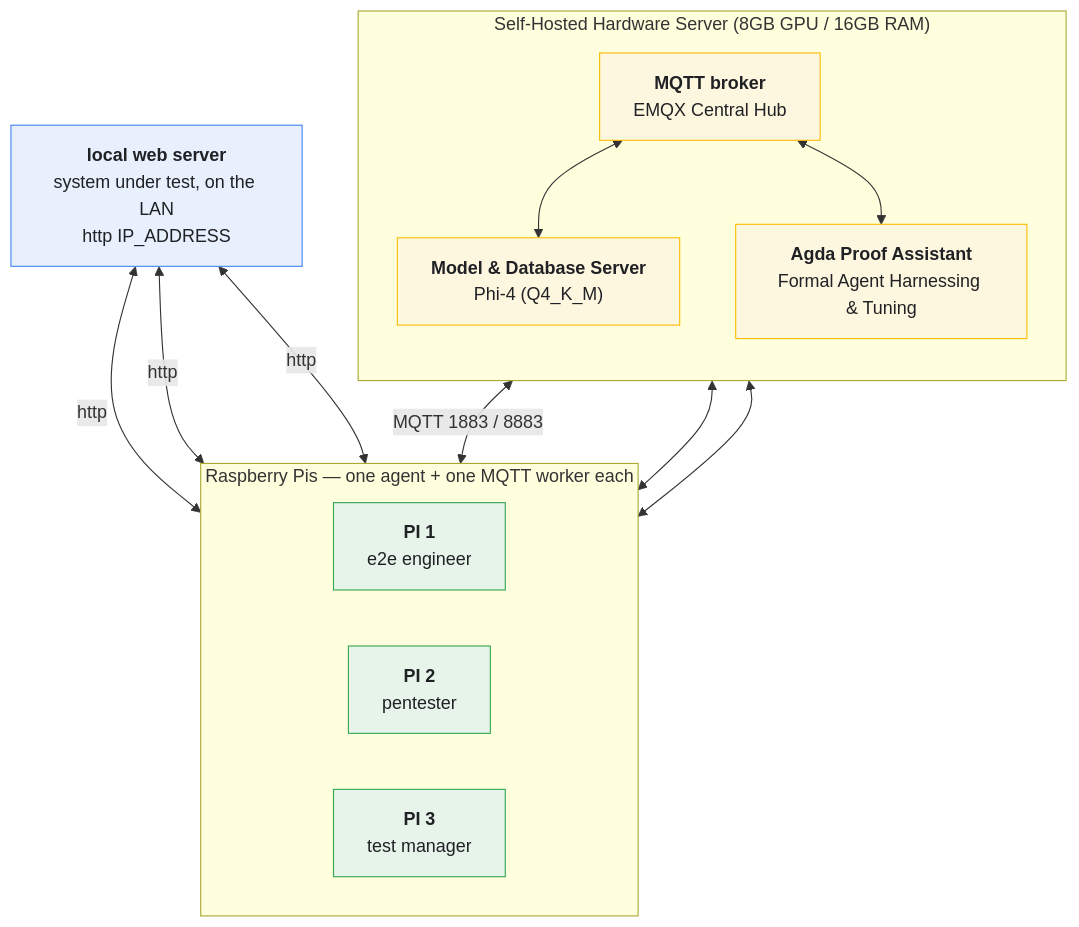
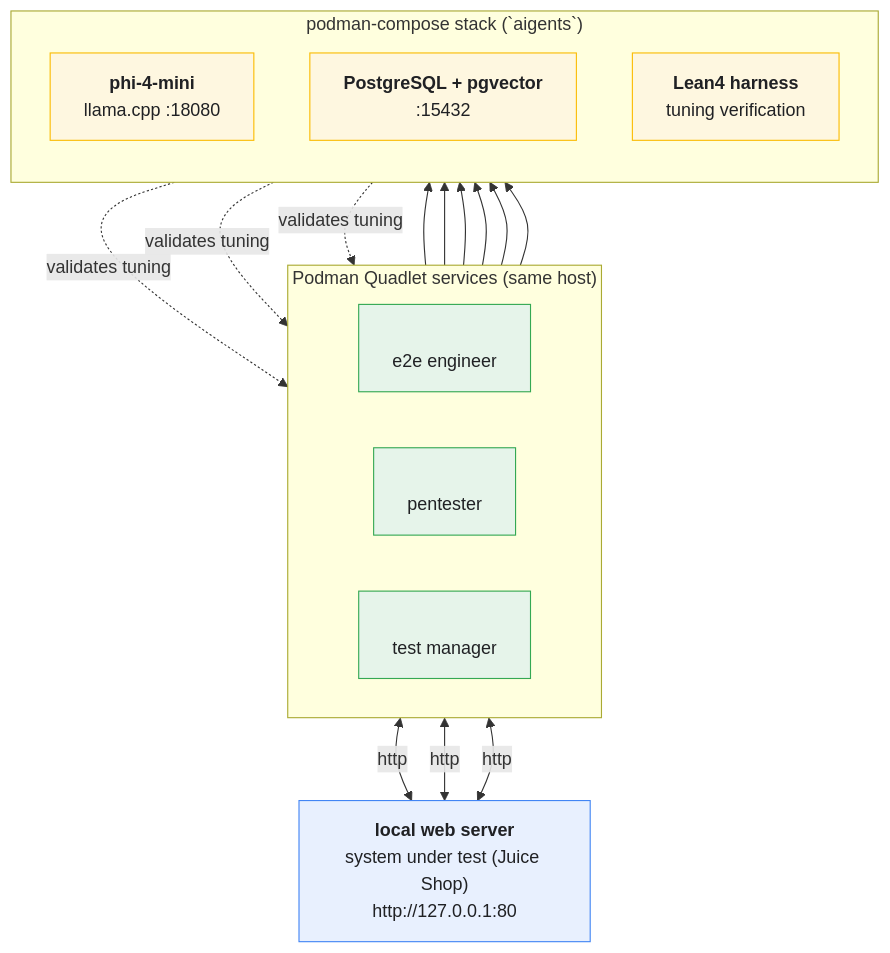
Before and after one commit to yVieta/testing-the-agentic-stack_open-testing-agents: the diagram in README.md, drawn with Mermaid. The commit also changed other lines of this file and 73 other files, not shown here.

````diff
--- a/README.md
+++ b/README.md
@@ -8,35 +14,38 @@
 ```mermaid
 graph TD
-    SUT["<b>local web server</b><br/>system under test, on the LAN<br/>http IP_ADDRESS"]
+    SUT["<b>local web server</b><br/>system under test (Juice Shop)<br/>http://127.0.0.1:80"]
 
-    subgraph PIS["Raspberry Pis — one agent + one MQTT worker each"]
+    subgraph AGENTS["Podman Quadlet services (same host)"]
         direction LR
-        PI1["<b>PI 1</b><br/>e2e engineer"]
-        PI2["<b>PI 2</b><br/>pentester"]
-        PI3["<b>PI 3</b><br/>test manager"]
+        A1["<b> </b><br/>e2e engineer"]
+        A2["<b> </b><br/>pentester"]
+        A3["<b> </b><br/>test manager"]
     end
 
-    subgraph SERVERS["Self-Hosted Hardware Server (8GB GPU / 16GB RAM)"]
+    subgraph STACK["podman-compose stack (`aigents`)"]
         direction TB
-        BROKER["<b>MQTT broker</b><br/>EMQX Central Hub"]
-        AGDA["<b>Agda Proof Assistant</b><br/>Formal Agent Harnessing & Tuning"]
-        GPU["<b>Model & Database Server</b><br/>Phi-4 (Q4_K_M)"]
+        MODEL["<b>phi-4-mini</b><br/>llama.cpp :18080"]
+        DB["<b>PostgreSQL + pgvector</b><br/>:15432"]
+        LEAN["<b>Lean4 harness</b><br/>tuning verification"]
     end
 
-    SUT <-->|"http"| PI1
-    SUT <-->|"http"| PI2
-    SUT <-->|"http"| PI3
-
-    BROKER <-->|"MQTT 1883 / 8883"| PI1
-    BROKER <--> PI2
-    BROKER <--> PI3
-    BROKER <--> GPU
-    BROKER <--> AGDA
+    A1 <-->|"http"| SUT
+    A2 <-->|"http"| SUT
+    A3 <-->|"http"| SUT
+    A1 --> MODEL
+    A2 --> MODEL
+    A3 --> MODEL
+    LEAN -. validates tuning .-> A1
+    LEAN -. validates tuning .-> A2
+    LEAN -. validates tuning .-> A3
+    A1 --> DB
+    A2 --> DB
+    A3 --> DB
 
     classDef sut fill:#e8f0fe,stroke:#4285f4,color:#202124;
-    classDef pi fill:#e6f4ea,stroke:#34a853,color:#202124;
-    classDef server fill:#fef7e0,stroke:#fbbc04,color:#202124;
+    classDef agent fill:#e6f4ea,stroke:#34a853,color:#202124;
+    classDef comp fill:#fef7e0,stroke:#fbbc04,color:#202124;
     class SUT sut;
-    class PI1,PI2,PI3 pi;
-    class BROKER,GPU,AGDA server;
+    class A1,A2,A3 agent;
+    class MODEL,DB,LEAN comp;
 ```
````
